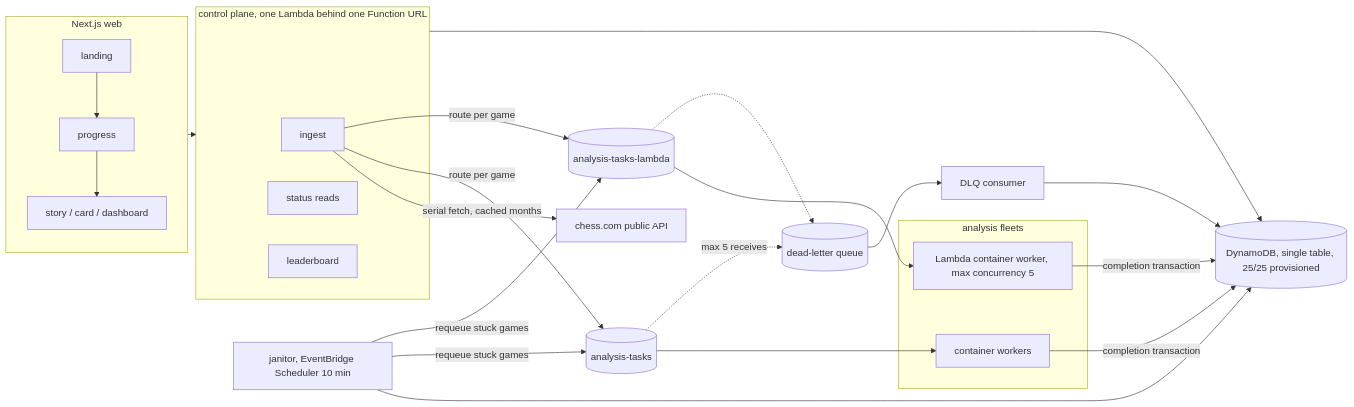
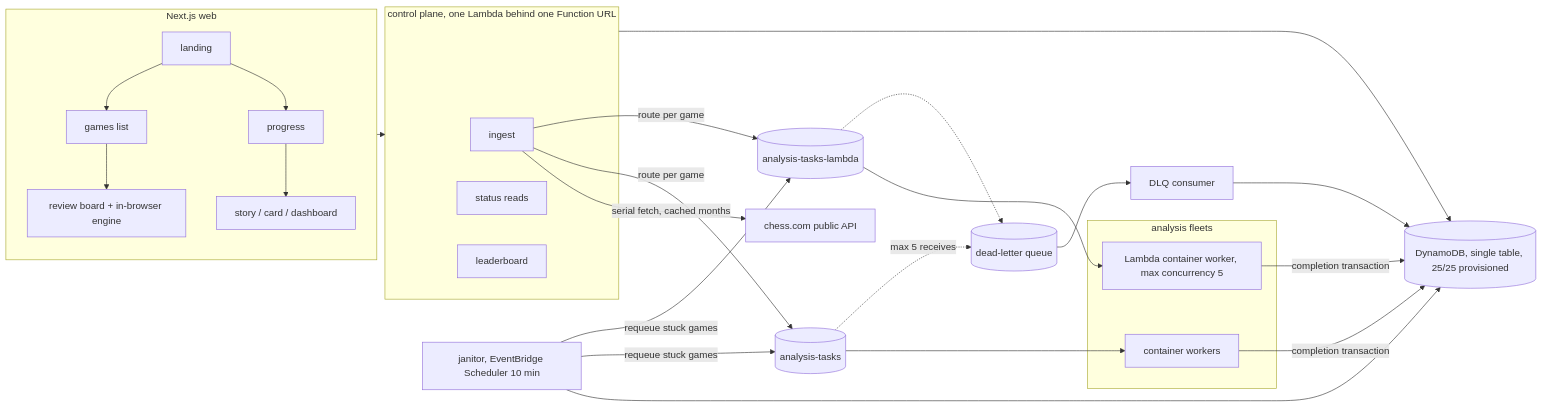
Before and after one commit to Aksh1810/Forked: the diagram in README.md, drawn with Mermaid. The commit also changed other lines of this file and 5 other files, not shown here.

````diff
--- a/README.md
+++ b/README.md
@@ -16,34 +21,35 @@
 ```mermaid
 flowchart LR
   subgraph web [Next.js web]
-    L[landing] --> P[progress] --> S[story / card / dashboard]
+    L[landing] --> G[games list] --> R[review board + in-browser engine]
+    L --> P[progress] --> S[story / card / dashboard]
   end
   subgraph control [control plane, one Lambda behind one Function URL]
     I[ingest]
     ST[status reads]
     LB[leaderboard]
   end
   subgraph workers [analysis fleets]
     W1[container workers]
     W2[Lambda container worker, max concurrency 5]
   end
   J[janitor, EventBridge Scheduler 10 min]
   Q1[(analysis-tasks)]
   Q2[(analysis-tasks-lambda)]
   DLQ[(dead-letter queue)] --> DC[DLQ consumer]
   DB[(DynamoDB, single table, 25/25 provisioned)]
   CC[chess.com public API]
 
   web --> control
   I -->|serial fetch, cached months| CC
   I -->|route per game| Q1 & Q2
   Q1 --> W1
   Q2 --> W2
   Q1 -.max 5 receives.-> DLQ
   Q2 -.-> DLQ
   W1 & W2 -->|completion transaction| DB
   control --> DB
   J --> DB
   J -->|requeue stuck games| Q1 & Q2
   DC --> DB
 ```
````
